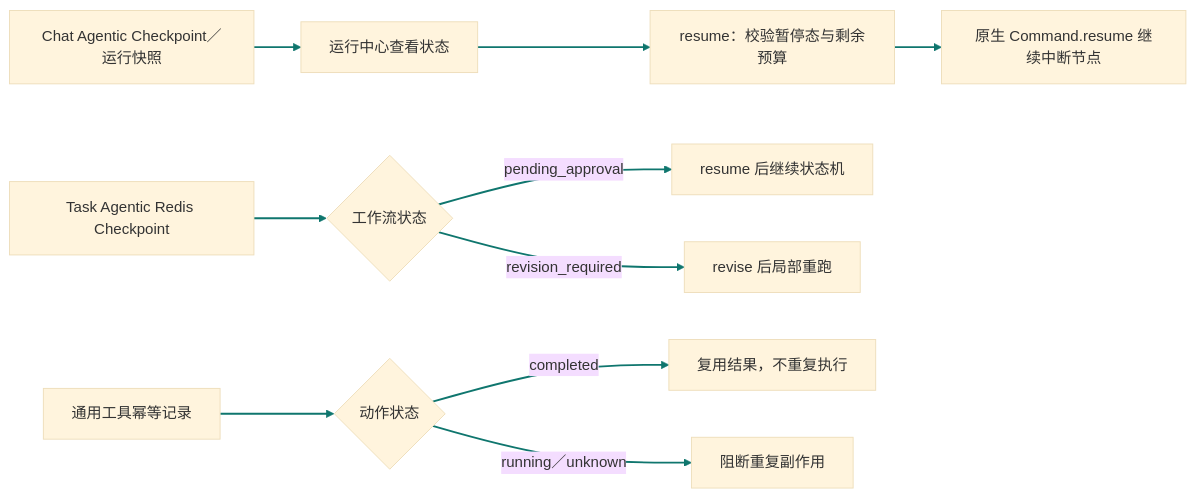
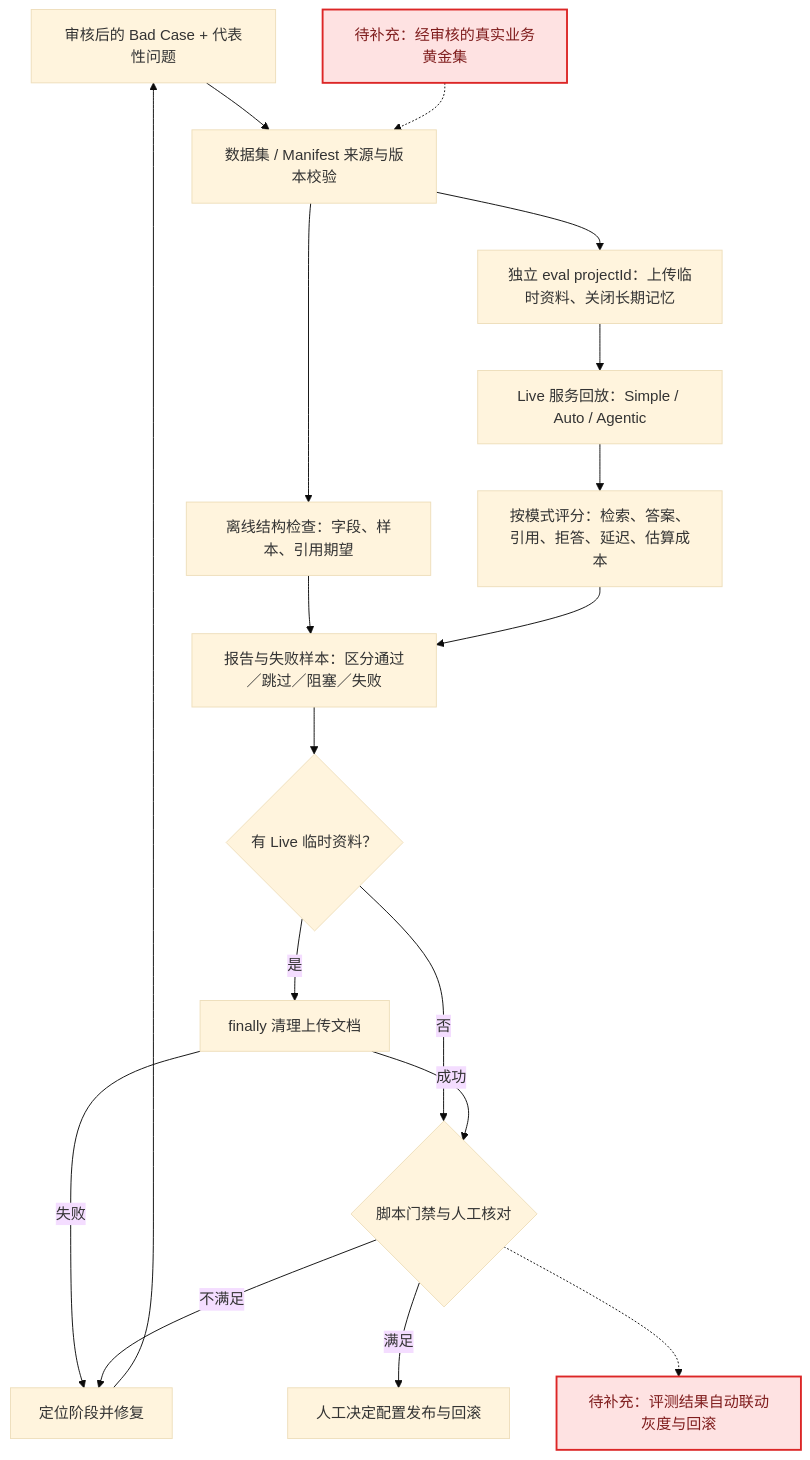
Diagram 11 of 15 in docs/interview/功能步骤流程.md (monstereatai/RAG), drawn with Mermaid (base theme) before and after one commit. The commit also changed other lines of this file and 217 other files, not shown here.

````diff
--- a/docs/interview/功能步骤流程.md
+++ b/docs/interview/功能步骤流程.md
@@ -934,13 +409,22 @@
 ```mermaid
-flowchart LR
-  A[Chat Agentic Checkpoint／运行快照] --> B[运行中心查看状态]
-  B --> C[resume：校验暂停态与剩余预算]
-  C --> C1[原生 Command.resume 继续中断节点]
-  D[Task Agentic Redis Checkpoint] --> E{工作流状态}
-  E -->|pending_approval| F[resume 后继续状态机]
-  E -->|revision_required| G[revise 后局部重跑]
-  H[通用工具幂等记录] --> I{动作状态}
-  I -->|completed| J[复用结果，不重复执行]
-  I -->|running／unknown| K[阻断重复副作用]
-  linkStyle 0,1,2,3,4,5,6,7,8 stroke:#0f766e,stroke-width:2px
+flowchart TB
+  Feedback[审核后的 Bad Case + 代表性问题] --> Dataset[数据集 / Manifest 来源与版本校验]
+  Dataset --> Offline[离线结构检查：字段、样本、引用期望]
+  Dataset --> Scope[独立 eval projectId：上传临时资料、关闭长期记忆]
+  Scope --> Live[Live 服务回放：Simple / Auto / Agentic]
+  Live --> Score[按模式评分：检索、答案、引用、拒答、延迟、估算成本]
+  Offline --> Report[报告与失败样本：区分通过／跳过／阻塞／失败]
+  Score --> Report
+  Report --> Cleanup{有 Live 临时资料？}
+  Cleanup -->|否| Gate{脚本门禁与人工核对}
+  Cleanup -->|是| Delete[finally 清理上传文档]
+  Delete -->|成功| Gate
+  Delete -->|失败| Fix[定位阶段并修复]
+  Gate -->|不满足| Fix
+  Fix --> Feedback
+  Gate -->|满足| Manual[人工决定配置发布与回滚]
+  Gold[待补充：经审核的真实业务黄金集] -.-> Dataset
+  Gate -.-> Auto[待补充：评测结果自动联动灰度与回滚]
+  classDef pending fill:#fee2e2,stroke:#dc2626,color:#7f1d1d,stroke-width:2px
+  class Gold,Auto pending
 ```
````
